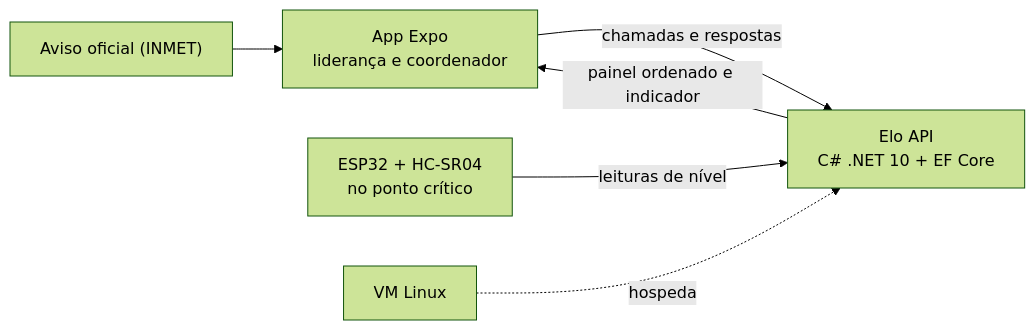
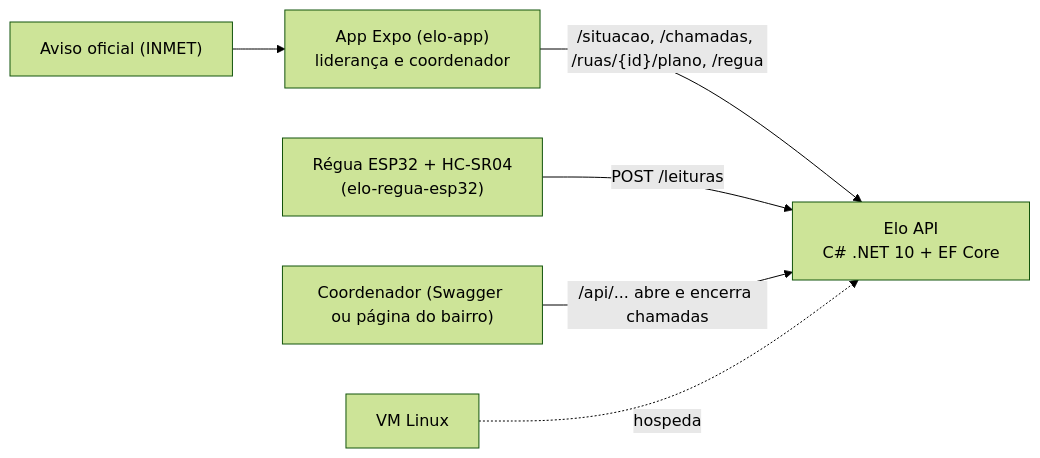
Before and after one commit to Elo-Fiap/elo-api-csharp: the first of 3 diagrams in README.md, drawn with Mermaid (forest theme). The commit also changed other lines of this file and 46 other files, not shown here.

First line of the commit message:
Adapta a API ao contrato do app (elo-app) e à régua (ESP32)

````diff
--- a/README.md
+++ b/README.md
@@ -57,8 +59,8 @@
 ```mermaid
 flowchart LR
     INMET["Aviso oficial (INMET)"] --> APP
-    APP["App Expo<br/>liderança e coordenador"] -- "chamadas e respostas" --> API["Elo API<br/>C# .NET 10 + EF Core"]
-    ESP["ESP32 + HC-SR04<br/>no ponto crítico"] -- "leituras de nível" --> API
-    API -- "painel ordenado e indicador" --> APP
+    APP["App Expo (elo-app)<br/>liderança e coordenador"] -- "/situacao, /chamadas, /ruas/{id}/plano, /regua" --> API["Elo API<br/>C# .NET 10 + EF Core"]
+    ESP["Régua ESP32 + HC-SR04<br/>(elo-regua-esp32)"] -- "POST /leituras" --> API
+    COORD["Coordenador (Swagger ou página do bairro)"] -- "/api/... abre e encerra chamadas" --> API
     VM["VM Linux"] -. "hospeda" .-> API
 ```
````
